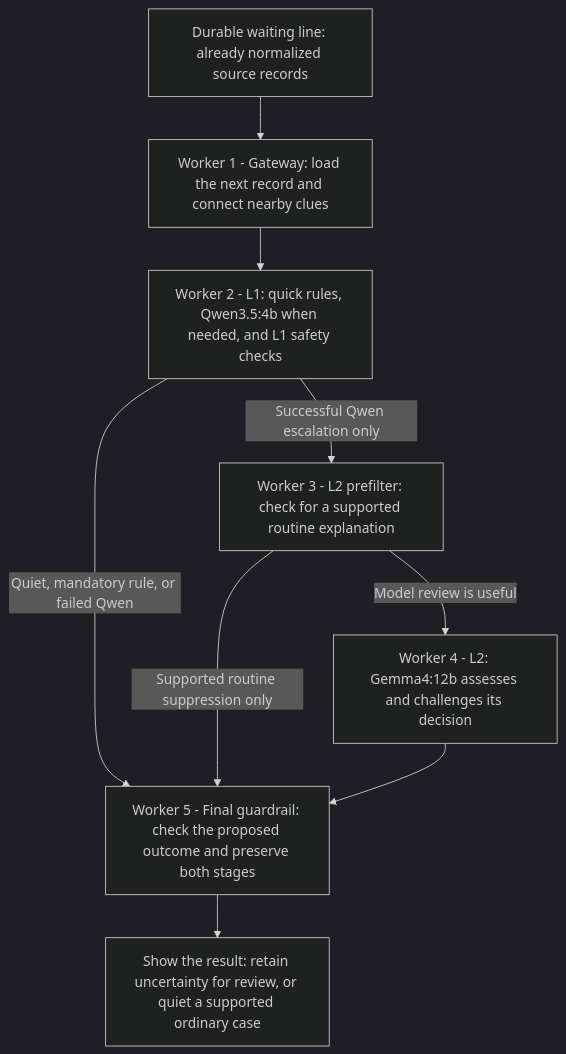
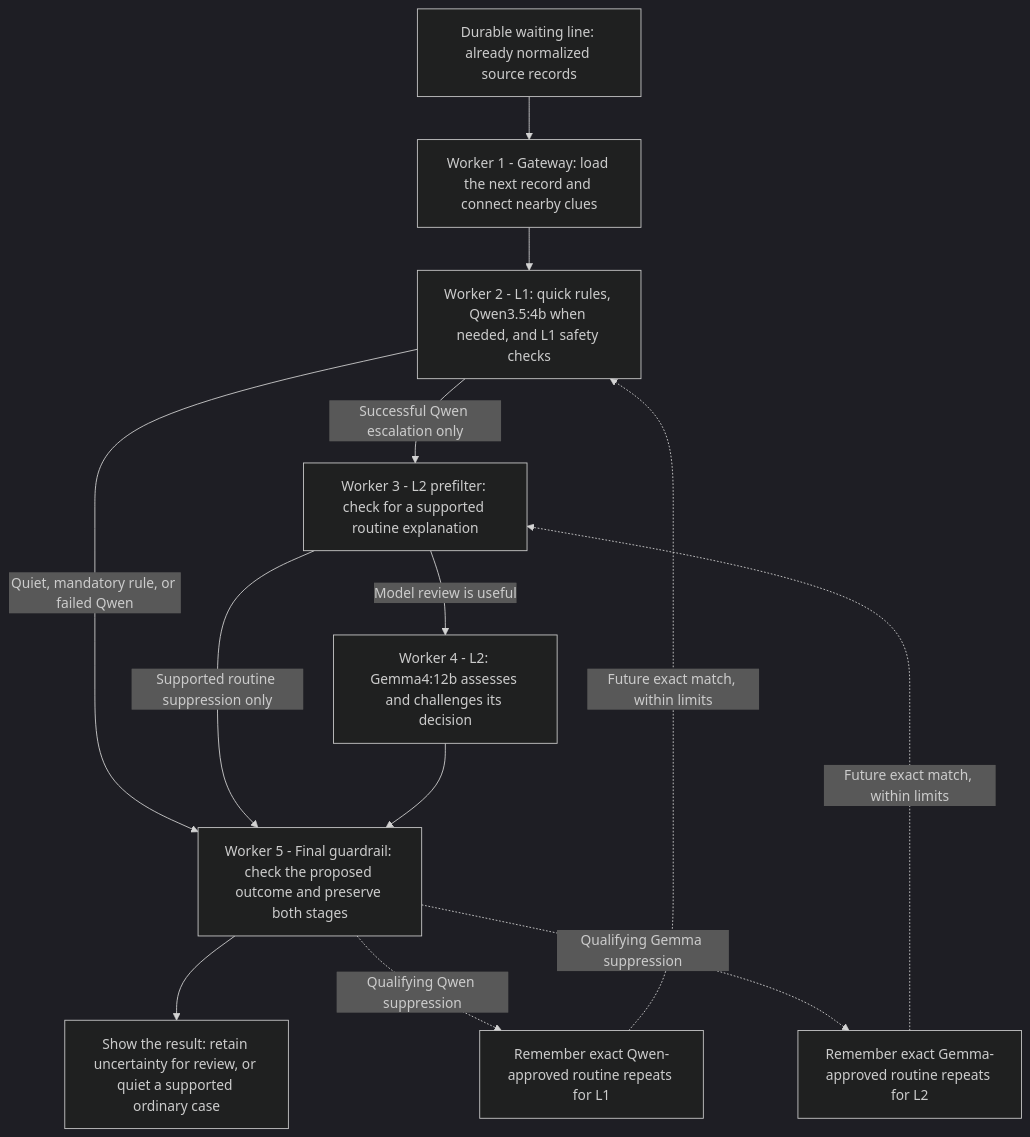
The diagram in docs/FIVE-WORKER-PIPELINE.md (Haryshwa29/Arbiter-AI), drawn with Mermaid (dark theme) before and after one commit. The commit also changed 4 other files, not shown here.

````diff
--- a/docs/FIVE-WORKER-PIPELINE.md
+++ b/docs/FIVE-WORKER-PIPELINE.md
@@ -13,16 +13,22 @@
 ```mermaid
 flowchart TD
     Q[Durable waiting line: already normalized source records]
     G[Worker 1 - Gateway: load the next record and connect nearby clues]
     A[Worker 2 - L1: quick rules, Qwen3.5:4b when needed, and L1 safety checks]
     P[Worker 3 - L2 prefilter: check for a supported routine explanation]
     B[Worker 4 - L2: Gemma4:12b assesses and challenges its decision]
     F[Worker 5 - Final guardrail: check the proposed outcome and preserve both stages]
     V[Show the result: retain uncertainty for review, or quiet a supported ordinary case]
+    M1[Remember exact Qwen-approved routine repeats for L1]
+    M2[Remember exact Gemma-approved routine repeats for L2]
     Q --> G --> A
     A -->|Successful Qwen escalation only| P
     A -->|Quiet, mandatory rule, or failed Qwen| F
     P -->|Model review is useful| B
     P -->|Supported routine suppression only| F
     B --> F --> V
+    F -.->|Qualifying Qwen suppression| M1
+    F -.->|Qualifying Gemma suppression| M2
+    M1 -.->|Future exact match, within limits| A
+    M2 -.->|Future exact match, within limits| P
 ```
````
